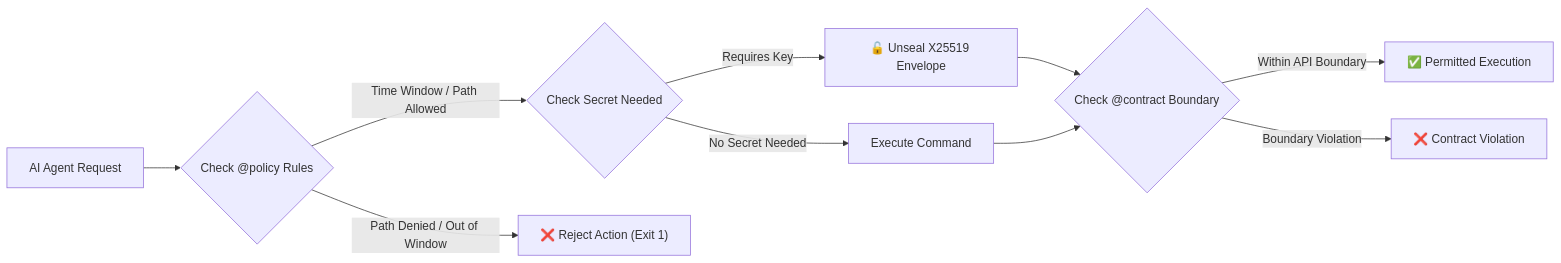
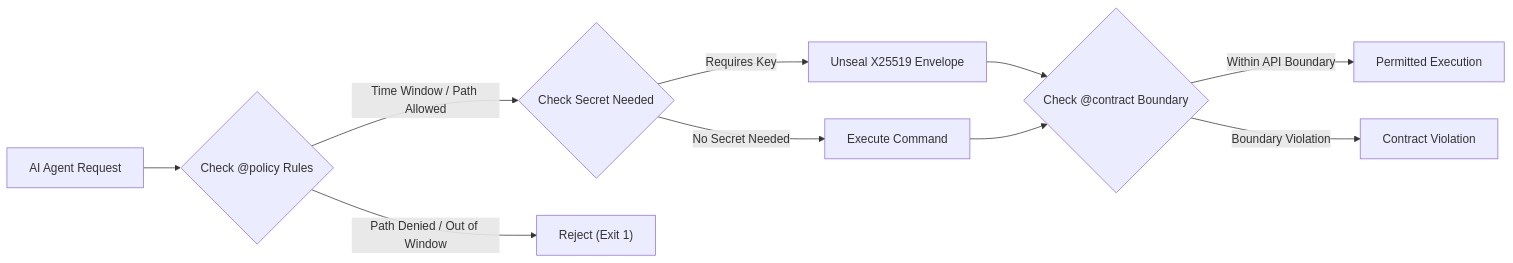
Before and after one commit to Autonomous-Lifecycle-Protocol-ALP/Autonomous-Lifecycle-Protocol-ALP: the third of 4 diagrams in docs-site/src/architecture.md, drawn with Mermaid. The commit also changed other lines of this file and 129 other files, not shown here.

````diff
--- a/docs-site/src/architecture.md
+++ b/docs-site/src/architecture.md
@@ -76,15 +76,15 @@
 ```mermaid
 flowchart LR
     Agent["AI Agent Request"] --> CheckPolicy{"Check @policy Rules"}
     CheckPolicy -->|Time Window / Path Allowed| UnsealVault{"Check Secret Needed"}
-    CheckPolicy -->|Path Denied / Out of Window| Reject["❌ Reject Action (Exit 1)"]
+    CheckPolicy -->|Path Denied / Out of Window| Reject["Reject (Exit 1)"]
     
-    UnsealVault -->|Requires Key| Decrypt["🔓 Unseal X25519 Envelope"]
+    UnsealVault -->|Requires Key| Decrypt["Unseal X25519 Envelope"]
     UnsealVault -->|No Secret Needed| Direct["Execute Command"]
     
     Decrypt --> CheckContract{"Check @contract Boundary"}
     Direct --> CheckContract
     
-    CheckContract -->|Within API Boundary| Execute["✅ Permitted Execution"]
-    CheckContract -->|Boundary Violation| BlockContract["❌ Contract Violation"]
+    CheckContract -->|Within API Boundary| Execute["Permitted Execution"]
+    CheckContract -->|Boundary Violation| BlockContract["Contract Violation"]
 ```
````
